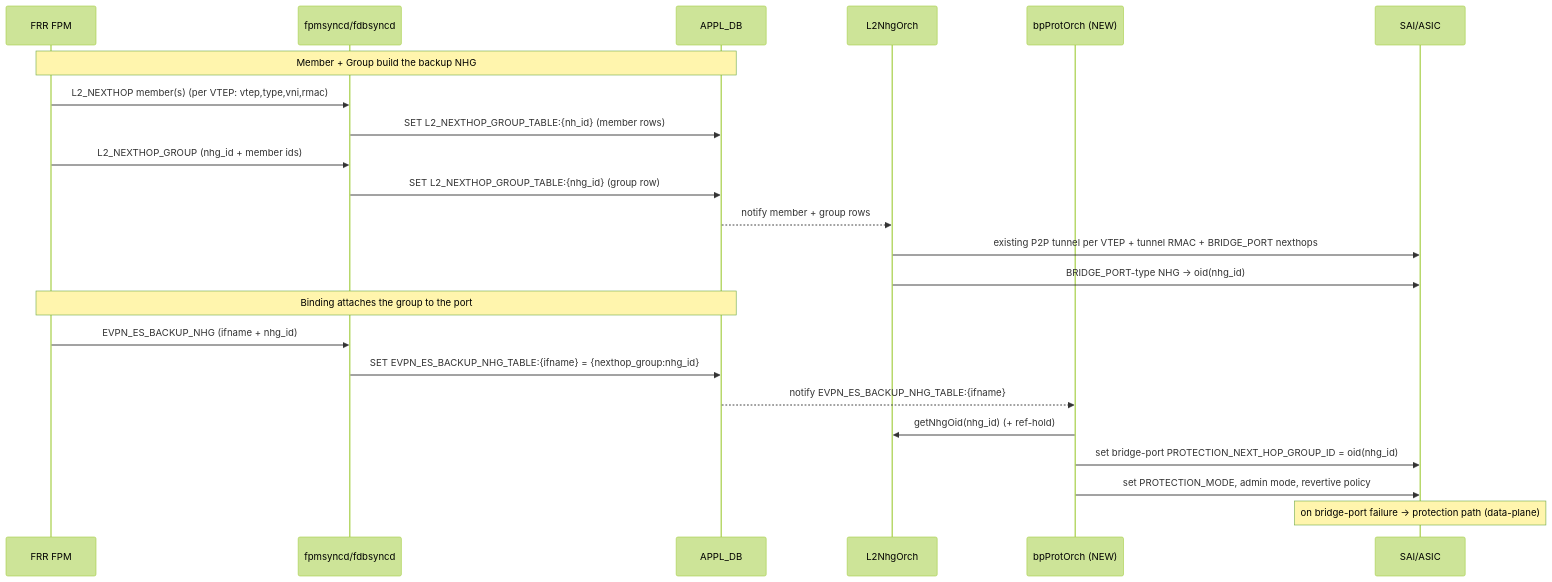
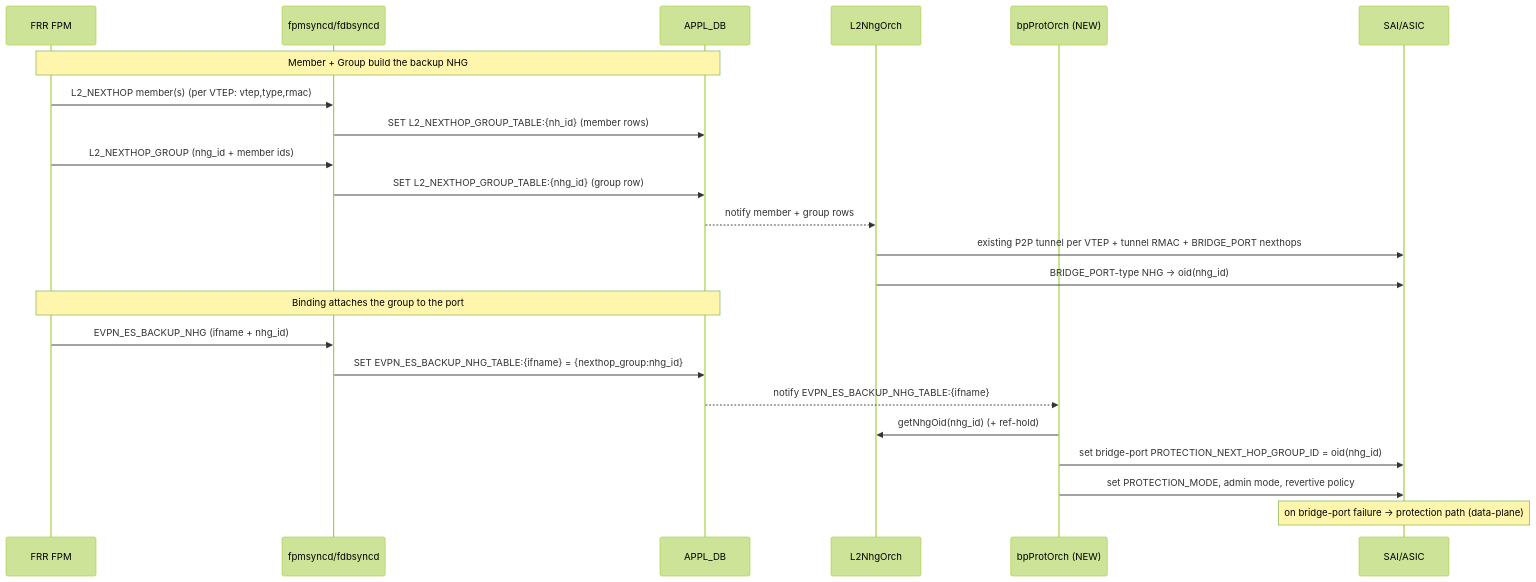
The third of 8 diagrams in doc/vxlan/EVPN/BridgePort_Protection_HLD.md (sonic-net/SONiC), drawn with Mermaid (forest theme) before and after one commit. The commit also changed other lines of this file, not shown here.

````diff
--- a/doc/vxlan/EVPN/BridgePort_Protection_HLD.md
+++ b/doc/vxlan/EVPN/BridgePort_Protection_HLD.md
@@ -354,26 +355,26 @@
 ```mermaid
 sequenceDiagram
     participant FPM as FRR FPM
     participant SY as fpmsyncd/fdbsyncd
     participant APP as APPL_DB
     participant L2 as L2NhgOrch
     participant BP as bpProtOrch (NEW)
     participant SAI as SAI/ASIC
 
     Note over FPM,APP: Member + Group build the backup NHG
-    FPM->>SY: L2_NEXTHOP member(s) (per VTEP: vtep,type,vni,rmac)
+    FPM->>SY: L2_NEXTHOP member(s) (per VTEP: vtep,type,rmac)
     SY->>APP: SET L2_NEXTHOP_GROUP_TABLE:{nh_id} (member rows)
     FPM->>SY: L2_NEXTHOP_GROUP (nhg_id + member ids)
     SY->>APP: SET L2_NEXTHOP_GROUP_TABLE:{nhg_id} (group row)
     APP-->>L2: notify member + group rows
     L2->>SAI: existing P2P tunnel per VTEP + tunnel RMAC + BRIDGE_PORT nexthops
     L2->>SAI: BRIDGE_PORT-type NHG → oid(nhg_id)
     Note over FPM,APP: Binding attaches the group to the port
     FPM->>SY: EVPN_ES_BACKUP_NHG (ifname + nhg_id)
     SY->>APP: SET EVPN_ES_BACKUP_NHG_TABLE:{ifname} = {nexthop_group:nhg_id}
     APP-->>BP: notify EVPN_ES_BACKUP_NHG_TABLE:{ifname}
     BP->>L2: getNhgOid(nhg_id) (+ ref-hold)
     BP->>SAI: set bridge-port PROTECTION_NEXT_HOP_GROUP_ID = oid(nhg_id)
     BP->>SAI: set PROTECTION_MODE, admin mode, revertive policy
     Note over SAI: on bridge-port failure → protection path (data-plane)
 ```
````
